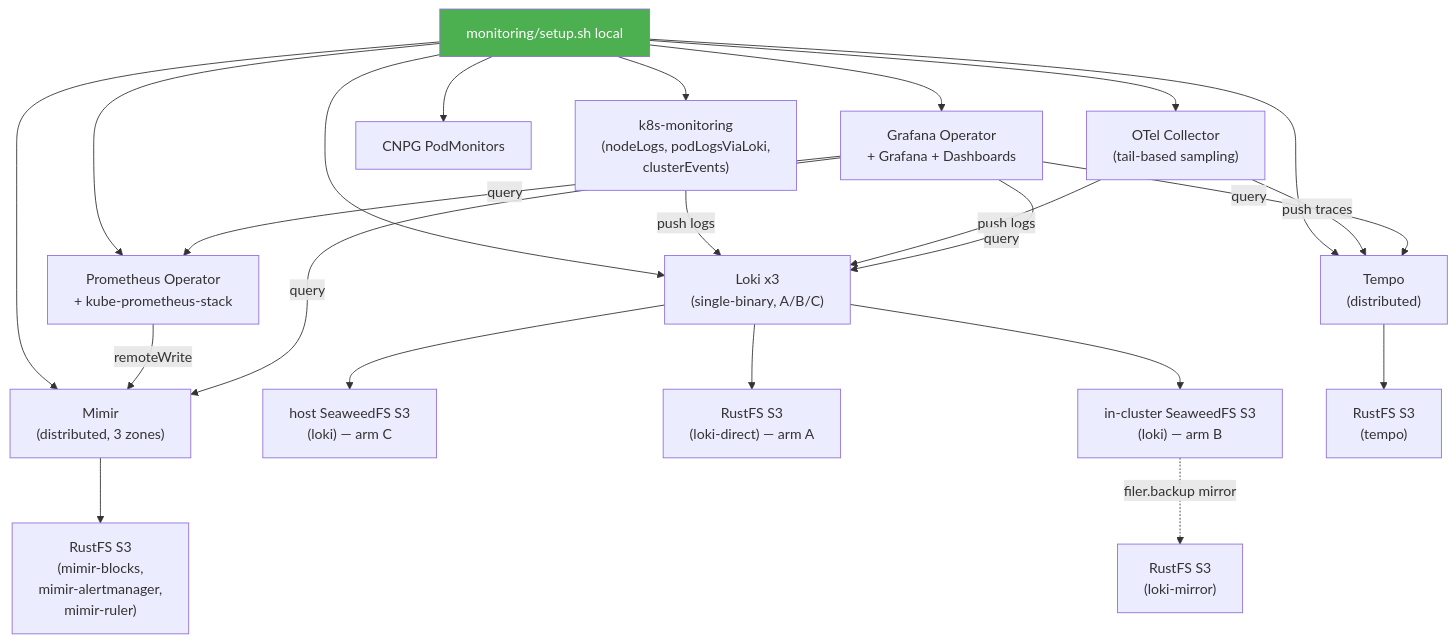
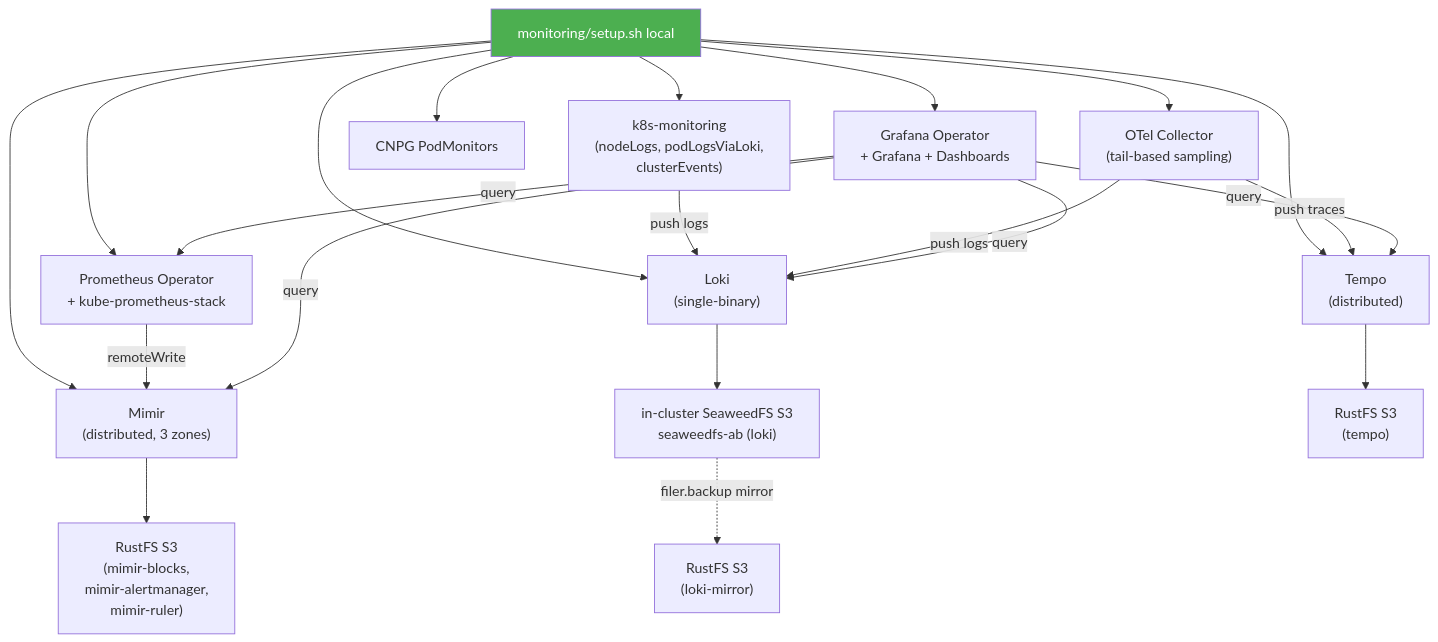
Before and after one commit to rmlandvreugd/cnpg-playground: the fifth of 12 diagrams in docs/architecture-overview.md, drawn with Mermaid. The commit also changed other lines of this file and 19 other files, not shown here.

First line of the commit message:
feat(loki)!: keep storage arm B as the platform Loki; decommission arms A and C

````diff
--- a/docs/architecture-overview.md
+++ b/docs/architecture-overview.md
@@ -252,29 +246,27 @@
 ```mermaid
 flowchart TD
     M["monitoring/setup.sh local"] --> M1["Prometheus Operator<br/>+ kube-prometheus-stack"]
     M --> M2["Mimir<br/>(distributed, 3 zones)"]
-    M --> M3["Loki x3<br/>(single-binary, A/B/C)"]
+    M --> M3["Loki<br/>(single-binary)"]
     M --> M4["Tempo<br/>(distributed)"]
     M --> M5["k8s-monitoring<br/>(nodeLogs, podLogsViaLoki,<br/>clusterEvents)"]
     M --> M6["OTel Collector<br/>(tail-based sampling)"]
     M --> M7["Grafana Operator<br/>+ Grafana + Dashboards"]
     M --> M8["CNPG PodMonitors"]
 
     M2 --> S3A["RustFS S3<br/>(mimir-blocks,<br/>mimir-alertmanager,<br/>mimir-ruler)"]
-    M3 --> S3B["host SeaweedFS S3<br/>(loki) — arm C"]
-    M3 --> S3D["RustFS S3<br/>(loki-direct) — arm A"]
-    M3 --> S3E["in-cluster SeaweedFS S3<br/>(loki) — arm B"]
+    M3 --> S3E["in-cluster SeaweedFS S3<br/>seaweedfs-ab (loki)"]
     S3E -.->|filer.backup mirror| S3F["RustFS S3<br/>(loki-mirror)"]
     M4 --> S3C["RustFS S3<br/>(tempo)"]
 
     M1 -->|remoteWrite| M2
     M5 -->|push logs| M3
     M6 -->|push logs| M3
     M6 -->|push traces| M4
     M7 -->|query| M1
     M7 -->|query| M2
     M7 -->|query| M3
     M7 -->|query| M4
 
     style M fill:#4CAF50,color:white
 ```
````
